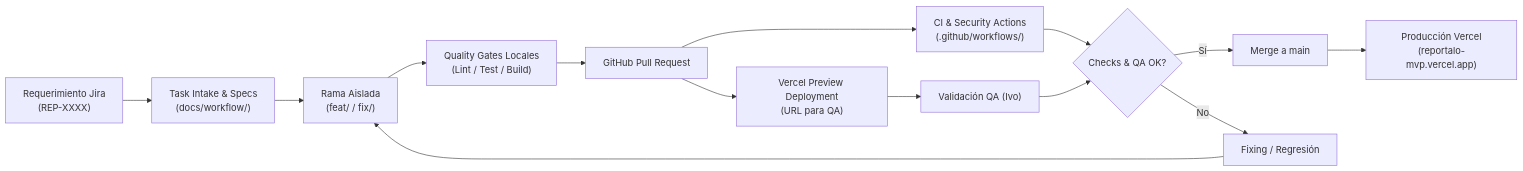
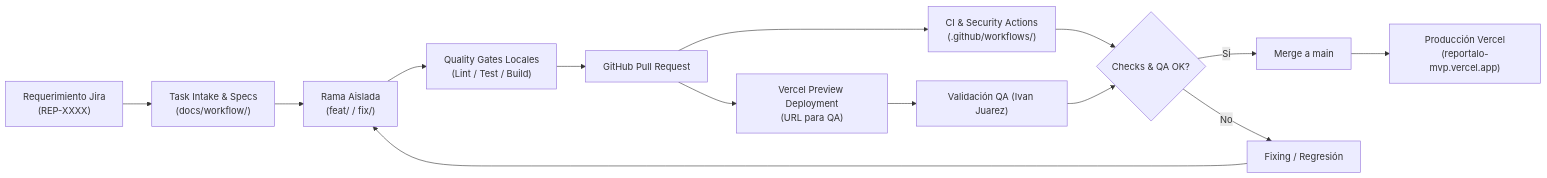
Before and after one commit to Mathiiuk/reportalo.mvp: the first of 2 diagrams in wiki/Home.md, drawn with Mermaid. The commit also changed other lines of this file and 9 other files, not shown here.

````diff
--- a/wiki/Home.md
+++ b/wiki/Home.md
@@ -27,16 +28,16 @@
 ```mermaid
 flowchart LR
     A["Requerimiento Jira<br>(REP-XXXX)"] --> B["Task Intake & Specs<br>(docs/workflow/)"]
     B --> C["Rama Aislada<br>(feat/ / fix/)"]
     C --> D["Quality Gates Locales<br>(Lint / Test / Build)"]
     D --> E["GitHub Pull Request"]
     E --> F["CI & Security Actions<br>(.github/workflows/)"]
     E --> G["Vercel Preview Deployment<br>(URL para QA)"]
-    G --> H["Validación QA (Ivo)"]
+    G --> H["Validación QA (Ivan Juarez)"]
     F --> I{"Checks & QA OK?"}
     H --> I
     I -- Sí --> J["Merge a main"]
     J --> K["Producción Vercel<br>(reportalo-mvp.vercel.app)"]
     I -- No --> L["Fixing / Regresión"]
     L --> C
 ```
````
